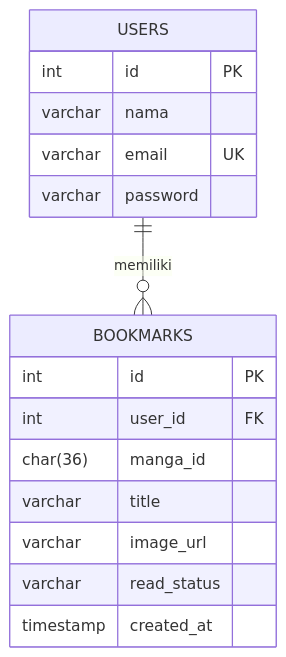
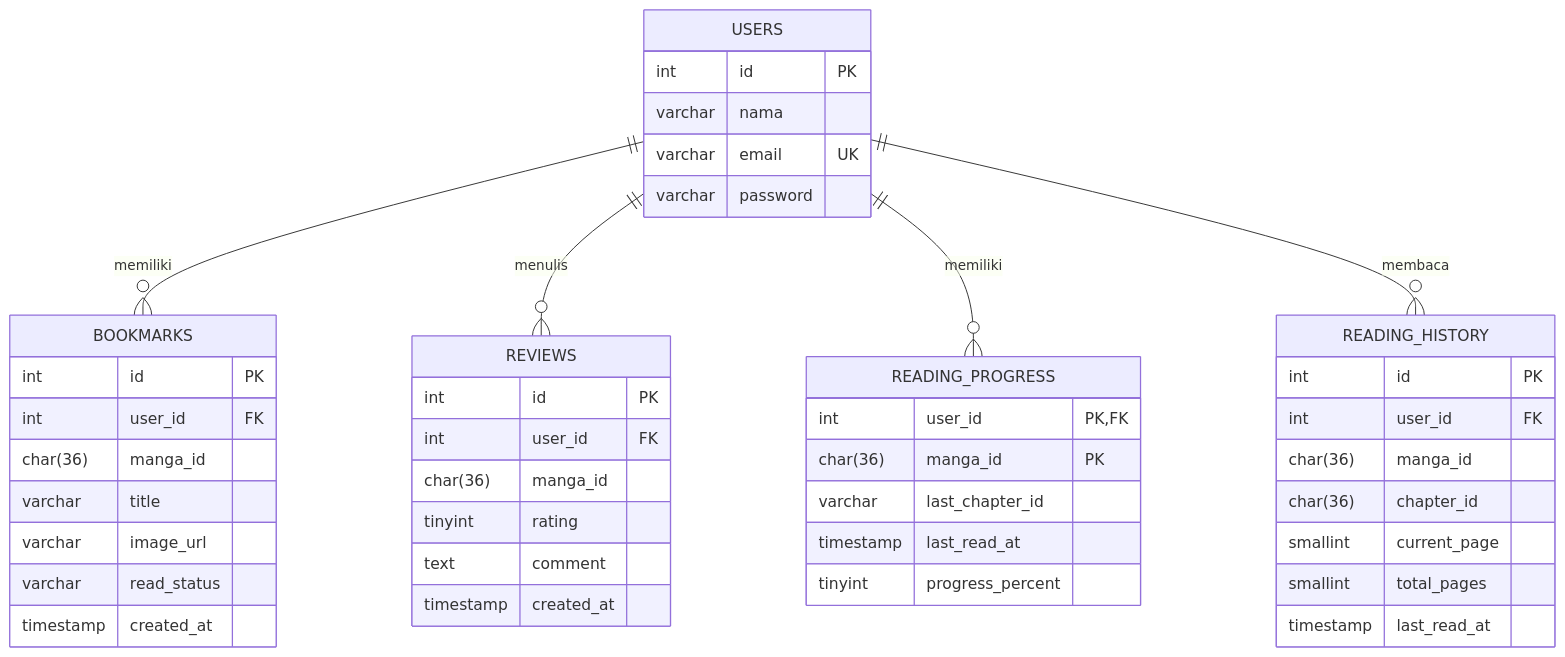
The sixth of 8 diagrams in README.md (carlos1739/mangatsu), drawn with Mermaid before and after one commit. The commit also changed other lines of this file, not shown here.

````diff
--- a/README.md
+++ b/README.md
@@ -401,21 +425,51 @@
 ```mermaid
 erDiagram
     USERS ||--o{ BOOKMARKS : memiliki
+    USERS ||--o{ REVIEWS : menulis
+    USERS ||--o{ READING_PROGRESS : memiliki
+    USERS ||--o{ READING_HISTORY : membaca
 
     USERS {
         int id PK
         varchar nama
         varchar email UK
         varchar password
     }
 
     BOOKMARKS {
         int id PK
         int user_id FK
         char(36) manga_id
         varchar title
         varchar image_url
         varchar read_status
         timestamp created_at
     }
+
+    REVIEWS {
+        int id PK
+        int user_id FK
+        char(36) manga_id
+        tinyint rating
+        text comment
+        timestamp created_at
+    }
+
+    READING_PROGRESS {
+        int user_id PK, FK
+        char(36) manga_id PK
+        varchar last_chapter_id
+        timestamp last_read_at
+        tinyint progress_percent
+    }
+
+    READING_HISTORY {
+        int id PK
+        int user_id FK
+        char(36) manga_id
+        char(36) chapter_id
+        smallint current_page
+        smallint total_pages
+        timestamp last_read_at
+    }
 ```
````
